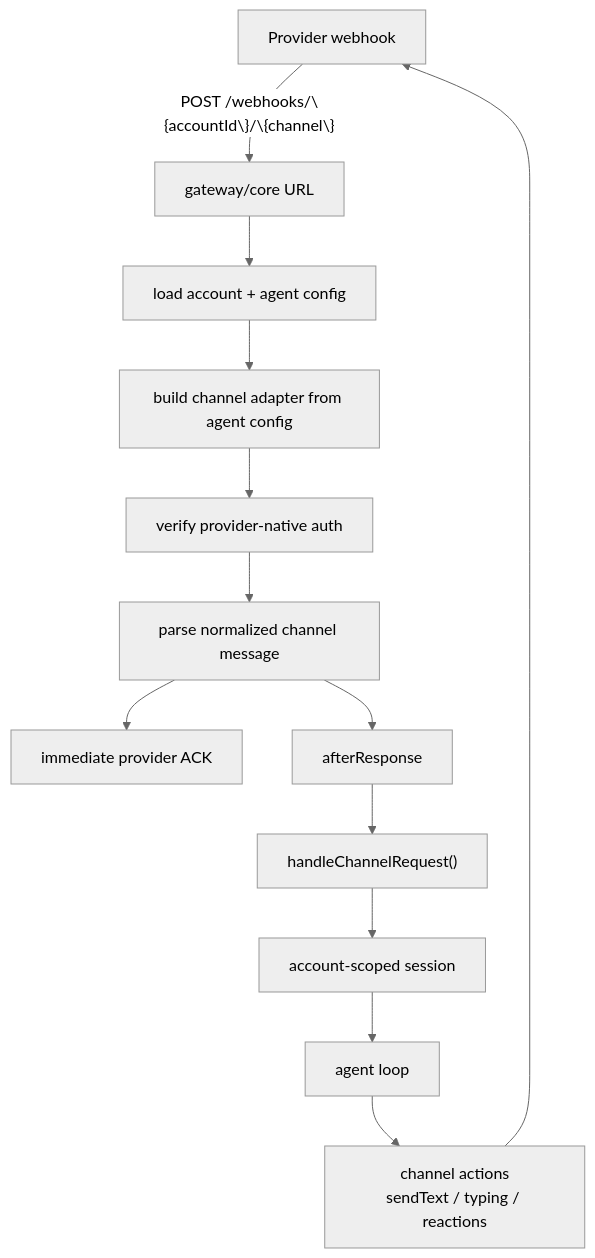
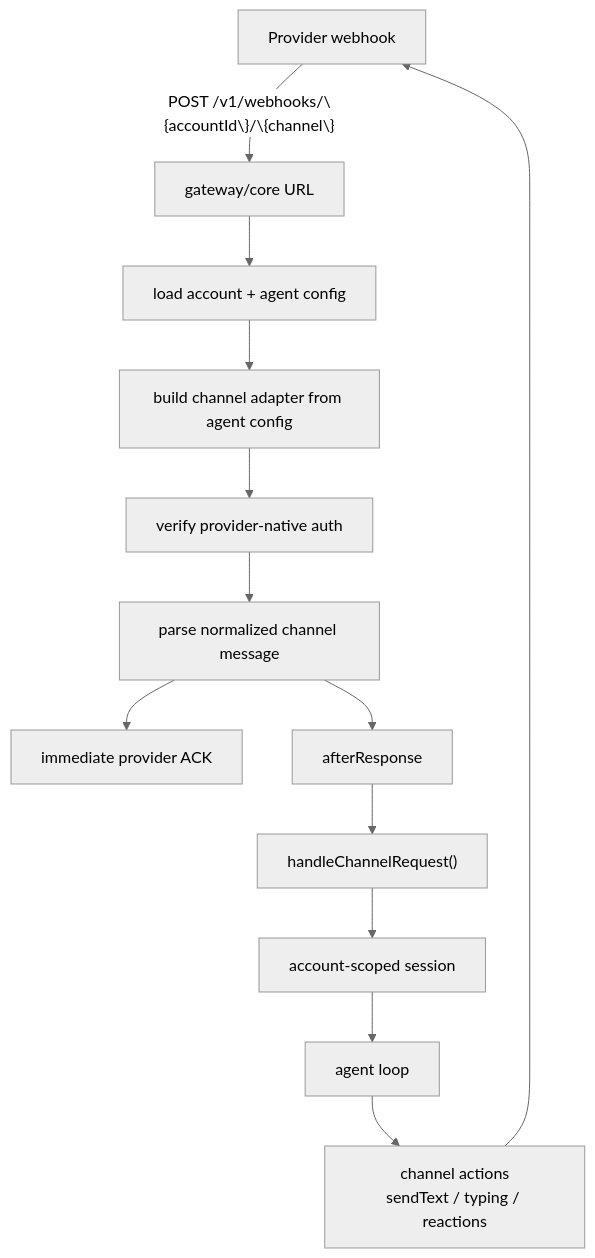
One commit to beeblastco/broods changed the ninth of 12 diagrams in apps/docs/docs/architecture.md. Above: the diagram before and after it, drawn with Mermaid (neutral theme). The commit also changed other lines of this file and 78 other files, not shown here.

First line of the commit message:
refactor(core,gateway,convex)!: put every public path under /v1

````diff
--- a/apps/docs/docs/architecture.md
+++ b/apps/docs/docs/architecture.md
@@ -235,15 +235,15 @@
 ```mermaid
 flowchart TD
-  Provider["Provider webhook"] -->|"POST /webhooks/\{accountId\}/\{channel\}"| Url["gateway/core URL"]
+  Provider["Provider webhook"] -->|"POST /v1/webhooks/\{accountId\}/\{channel\}"| Url["gateway/core URL"]
   Url --> Load["load account + agent config"]
   Load --> Adapter["build channel adapter from agent config"]
   Adapter --> Auth["verify provider-native auth"]
   Auth --> Parse["parse normalized channel message"]
   Parse --> Ack["immediate provider ACK"]
   Parse --> After["afterResponse"]
   After --> Handler["handleChannelRequest()"]
   Handler --> Session["account-scoped session"]
   Session --> Agent["agent loop"]
   Agent --> Reply["channel actions<br/>sendText / typing / reactions"]
   Reply --> Provider
 ```
````
